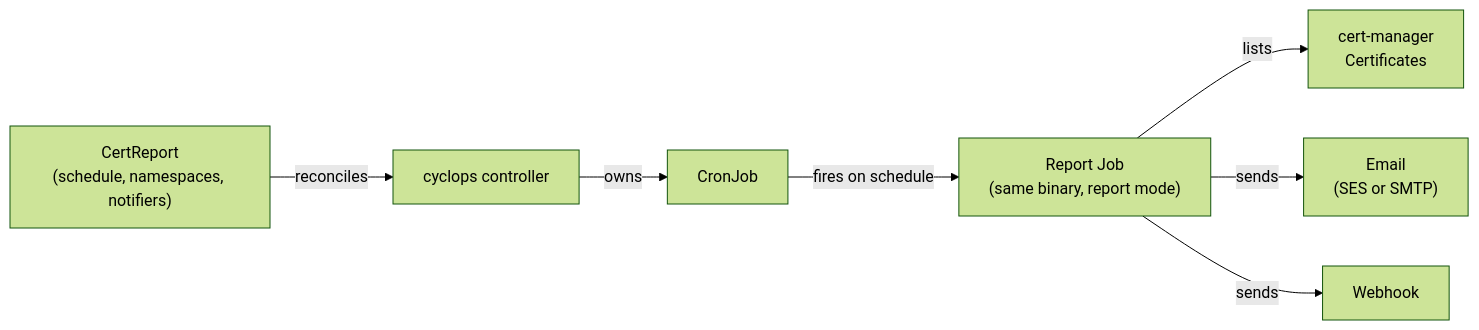
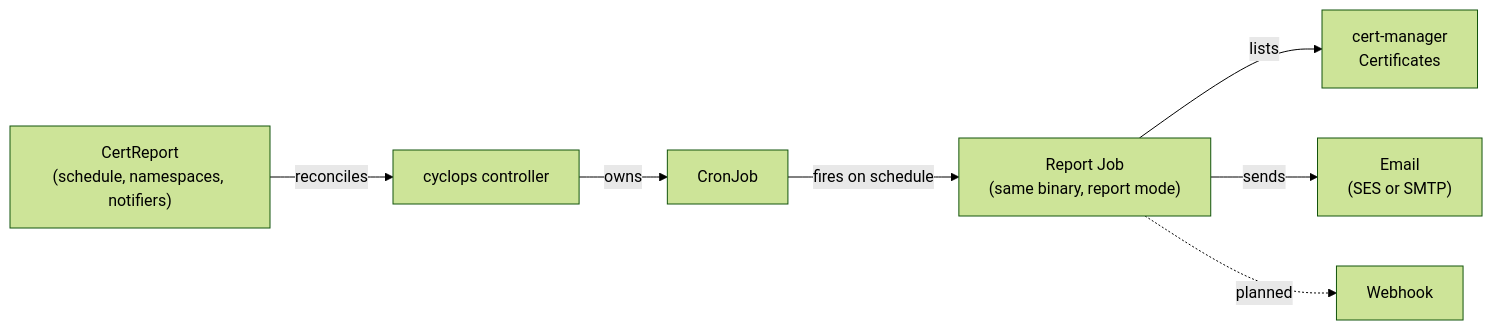
One commit to sakshitposting-irl/cyclops changed the diagram in README.md. Above: the diagram before and after it, drawn with Mermaid (forest theme). The commit also changed other lines of this file and 1 other file, not shown here.

````diff
--- a/README.md
+++ b/README.md
@@ -22,9 +25,9 @@
 ```mermaid
 flowchart LR
     CR["CertReport<br/>(schedule, namespaces, notifiers)"] -->|reconciles| CTRL[cyclops controller]
     CTRL -->|owns| CJ[CronJob]
     CJ -->|fires on schedule| JOB["Report Job<br/>(same binary, report mode)"]
     JOB -->|lists| CM["cert-manager<br/>Certificates"]
     JOB -->|sends| MAIL["Email<br/>(SES or SMTP)"]
-    JOB -->|sends| HOOK[Webhook]
+    JOB -.->|planned| HOOK[Webhook]
 ```
````
